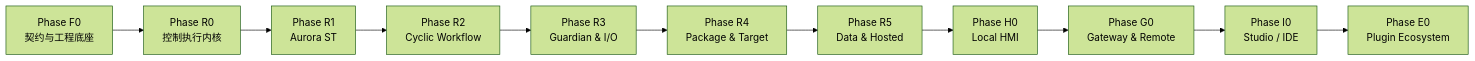
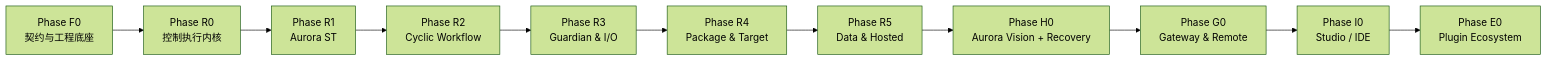
Before and after one commit to leng125172-code/AuroraApp: the diagram in Documents/Architecture/Aurora-Delivery-Roadmap.md, drawn with Mermaid (forest theme). The commit also changed other lines of this file and 8 other files, not shown here.

Commit message:
docs(architecture): adopt Aurora Vision royalty model

````diff
--- a/Documents/Architecture/Aurora-Delivery-Roadmap.md
+++ b/Documents/Architecture/Aurora-Delivery-Roadmap.md
@@ -14,16 +14,16 @@
 ```mermaid
 flowchart LR
     F0[Phase F0<br/>契约与工程底座]
     R0[Phase R0<br/>控制执行内核]
     R1[Phase R1<br/>Aurora ST]
     R2[Phase R2<br/>Cyclic Workflow]
     R3[Phase R3<br/>Guardian & I/O]
     R4[Phase R4<br/>Package & Target]
     R5[Phase R5<br/>Data & Hosted]
-    H0[Phase H0<br/>Local HMI]
+    H0[Phase H0<br/>Aurora Vision + Recovery]
     G0[Phase G0<br/>Gateway & Remote]
     I0[Phase I0<br/>Studio / IDE]
     E0[Phase E0<br/>Plugin Ecosystem]
 
     F0 --> R0 --> R1 --> R2 --> R3 --> R4 --> R5 --> H0 --> G0 --> I0 --> E0
 ```
````
